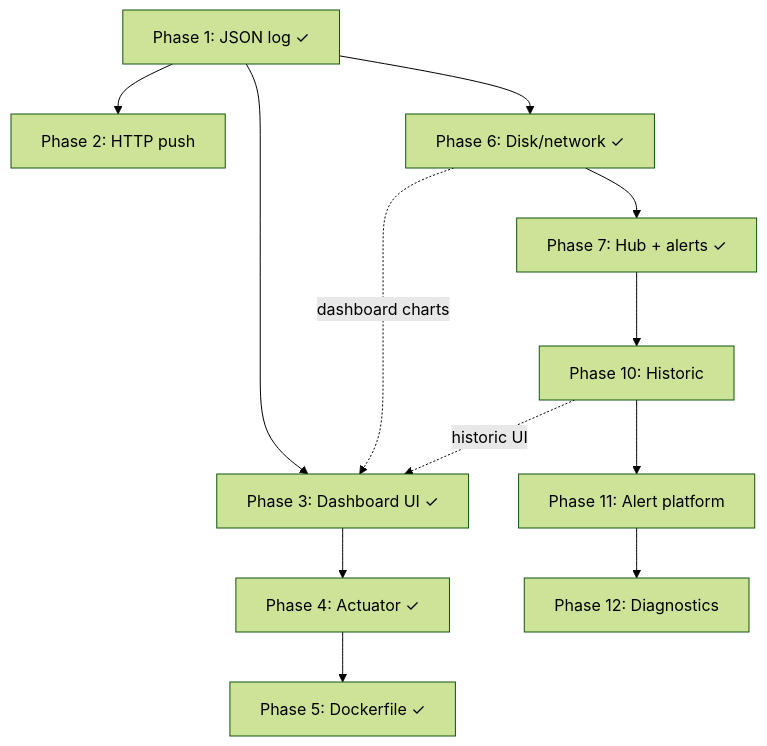
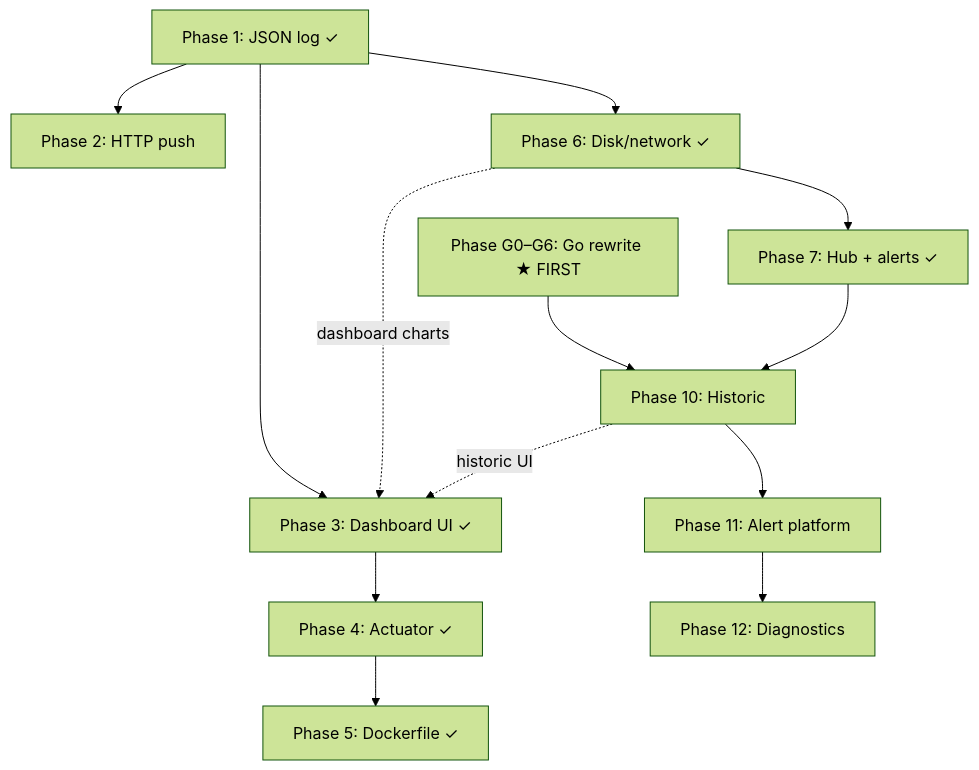
The diagram in docs/PHASE_GATES.md (dikkulah/instace-metric-collector), drawn with Mermaid (forest theme) before and after one commit. The commit also changed other lines of this file and 217 other files, not shown here.

````diff
--- a/docs/PHASE_GATES.md
+++ b/docs/PHASE_GATES.md
@@ -104,25 +104,27 @@
 ```mermaid
 flowchart TD
+    G0["Phase G0–G6: Go rewrite ★ FIRST"]
     P1["Phase 1: JSON log ✓"]
     P2["Phase 2: HTTP push"]
     P3["Phase 3: Dashboard UI ✓"]
     P4["Phase 4: Actuator ✓"]
     P5["Phase 5: Dockerfile ✓"]
     P6["Phase 6: Disk/network ✓"]
     P7["Phase 7: Hub + alerts ✓"]
     P10["Phase 10: Historic"]
     P11["Phase 11: Alert platform"]
     P12["Phase 12: Diagnostics"]
 
+    G0 --> P10
     P1 --> P2
     P1 --> P3
     P3 --> P4
     P4 --> P5
     P1 --> P6
     P6 --> P7
     P6 -.->|"dashboard charts"| P3
     P7 --> P10
     P10 --> P11
     P11 --> P12
     P10 -.->|"historic UI"| P3
 ```
````
